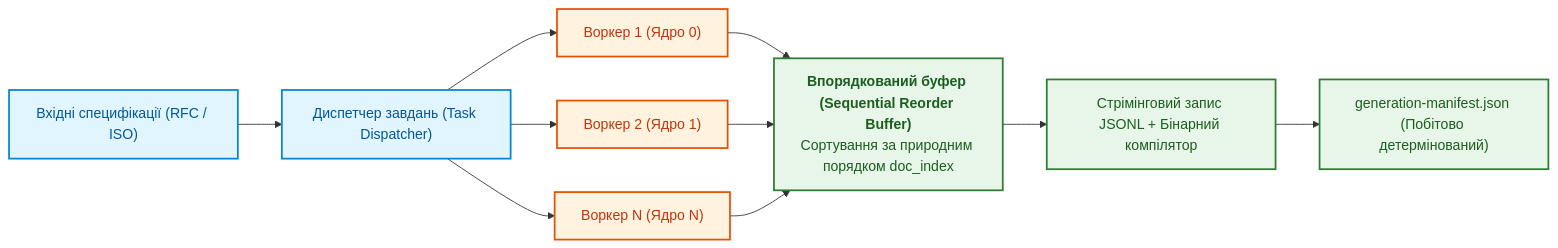
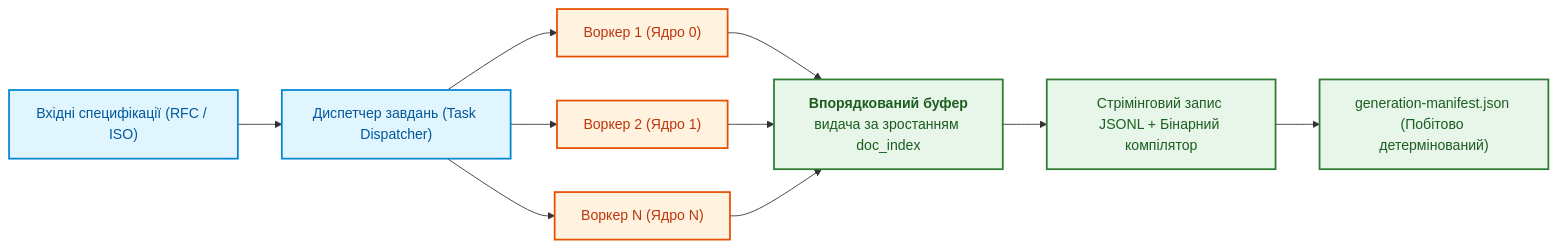
Before and after one commit to nick-fedchik/articles: the sixth of 7 diagrams in ExpertSystem/ch32-high-performance-knowledge-packs-mmap-and-harvesting.md, drawn with Mermaid. The commit also changed other lines of this file and 43 other files, not shown here.

````diff
--- a/ExpertSystem/ch32-high-performance-knowledge-packs-mmap-and-harvesting.md
+++ b/ExpertSystem/ch32-high-performance-knowledge-packs-mmap-and-harvesting.md
@@ -602,24 +676,24 @@
 ```mermaid
 flowchart LR
     accTitle: Стрімінговий конвеєр збереження порядку
-    accDescr: Впорядкована фіксація результатів паралельних воркерів через Reorder Buffer.
+    accDescr: Впорядкована фіксація результатів паралельних воркерів через впорядкований буфер.
 
     IN["Вхідні специфікації (RFC / ISO)"] --> DISP["Диспетчер завдань (Task Dispatcher)"]
 
     DISP --> W1["Воркер 1 (Ядро 0)"]
     DISP --> W2["Воркер 2 (Ядро 1)"]
     DISP --> W3["Воркер N (Ядро N)"]
 
-    W1 & W2 & W3 --> ROB["<b>Впорядкований буфер (Sequential Reorder Buffer)</b><br/>Сортування за природним порядком doc_index"]
+    W1 & W2 & W3 --> ROB["<b>Впорядкований буфер</b><br/>видача за зростанням doc_index"]
 
     ROB --> STREAM["Стрімінговий запис JSONL + Бінарний компілятор"]
     STREAM --> MANIFEST["generation-manifest.json (Побітово детермінований)"]
 
     classDef d fill:#e1f5fe,stroke:#0288d1,stroke-width:2px,color:#01579b;
     classDef w fill:#fff3e0,stroke:#e65100,stroke-width:2px,color:#bf360c;
     classDef rob fill:#e8f5e9,stroke:#2e7d32,stroke-width:2px,color:#1b5e20;
 
     class IN,DISP d;
     class W1,W2,W3 w;
     class ROB,STREAM,MANIFEST rob;
 ```
````
